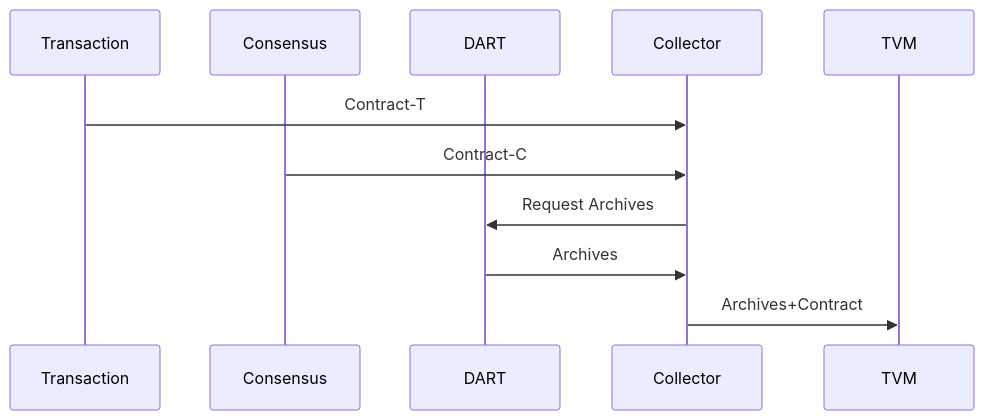
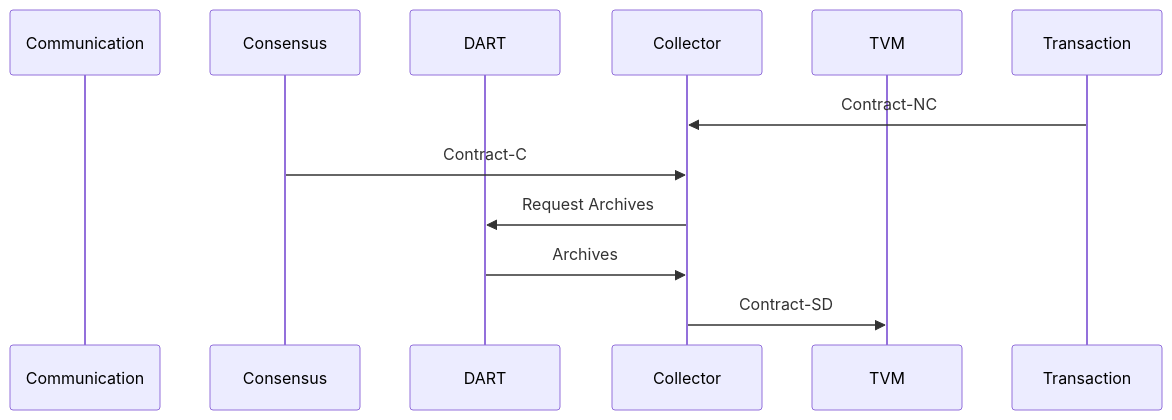
The diagram in documents/architecture/Collector.md (tagion/tagion), drawn with Mermaid before and after one commit.

````diff
--- a/documents/architecture/Collector.md
+++ b/documents/architecture/Collector.md
@@ -25,14 +25,14 @@
 ```mermaid
 sequenceDiagram
-    participant Transaction
+    participant Communication
     participant Consensus
     participant DART 
     participant Collector
     participant TVM 
-    Transaction->>Collector: Contract-T 
+    Transaction->>Collector: Contract-NC 
     Consensus->>Collector: Contract-C
     Collector->>DART: Request Archives
     DART->>Collector: Archives
-    Collector->>TVM: Archives+Contract
+    Collector->>TVM: Contract-SD
 
 ```
````
